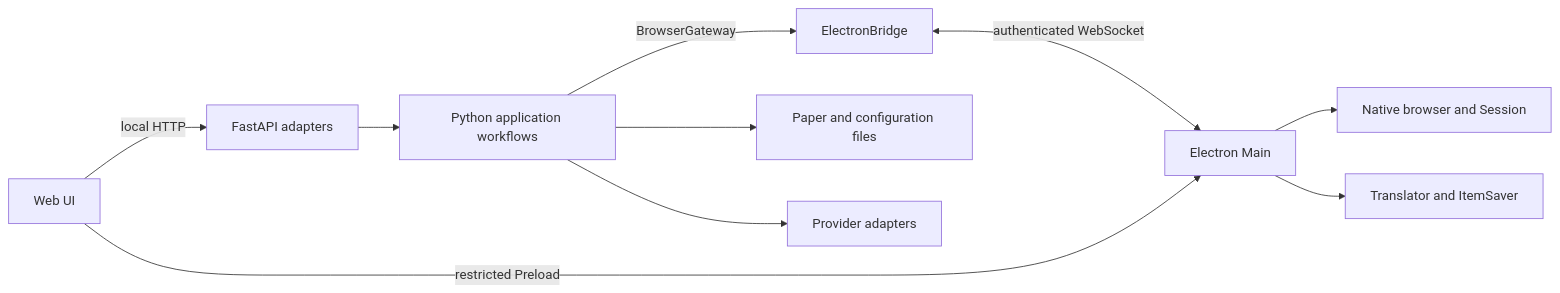
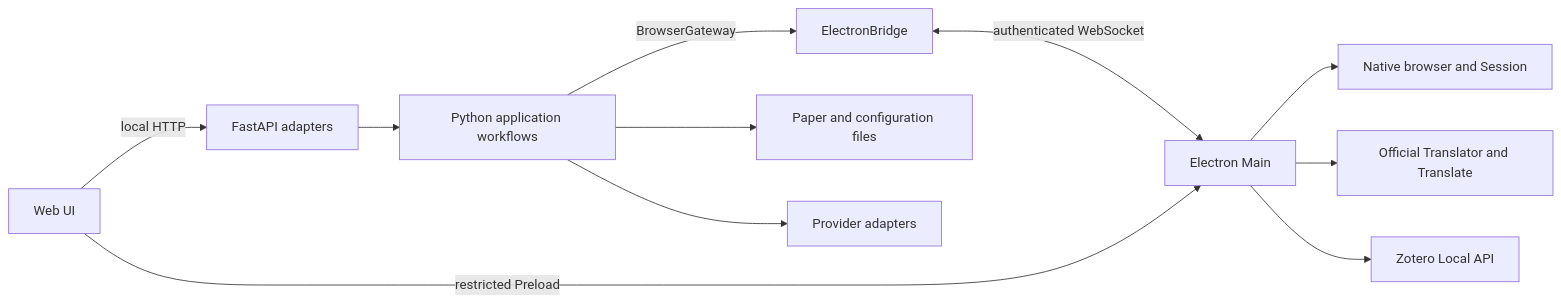
One commit to dylaaan-booob/allfold changed the diagram in docs/architecture.md. Above: the diagram before and after it, drawn with Mermaid. The commit also changed other lines of this file and 8 other files, not shown here.

Commit message:
Document Local API import boundaries and compatibility

````diff
--- a/docs/architecture.md
+++ b/docs/architecture.md
@@ -7,12 +7,13 @@
 ```mermaid
 flowchart LR
     UI[Web UI] -->|local HTTP| WEB[FastAPI adapters]
     WEB --> APP[Python application workflows]
     APP -->|BrowserGateway| BRIDGE[ElectronBridge]
     BRIDGE <-->|authenticated WebSocket| MAIN[Electron Main]
     UI -->|restricted Preload| MAIN
     MAIN --> BROWSER[Native browser and Session]
-    MAIN --> ZOTERO[Translator and ItemSaver]
+    MAIN --> TRANSLATE[Official Translator and Translate]
+    MAIN --> ZOTERO[Zotero Local API]
     APP --> DATA[Paper and configuration files]
     APP --> PROVIDERS[Provider adapters]
 ```
````
